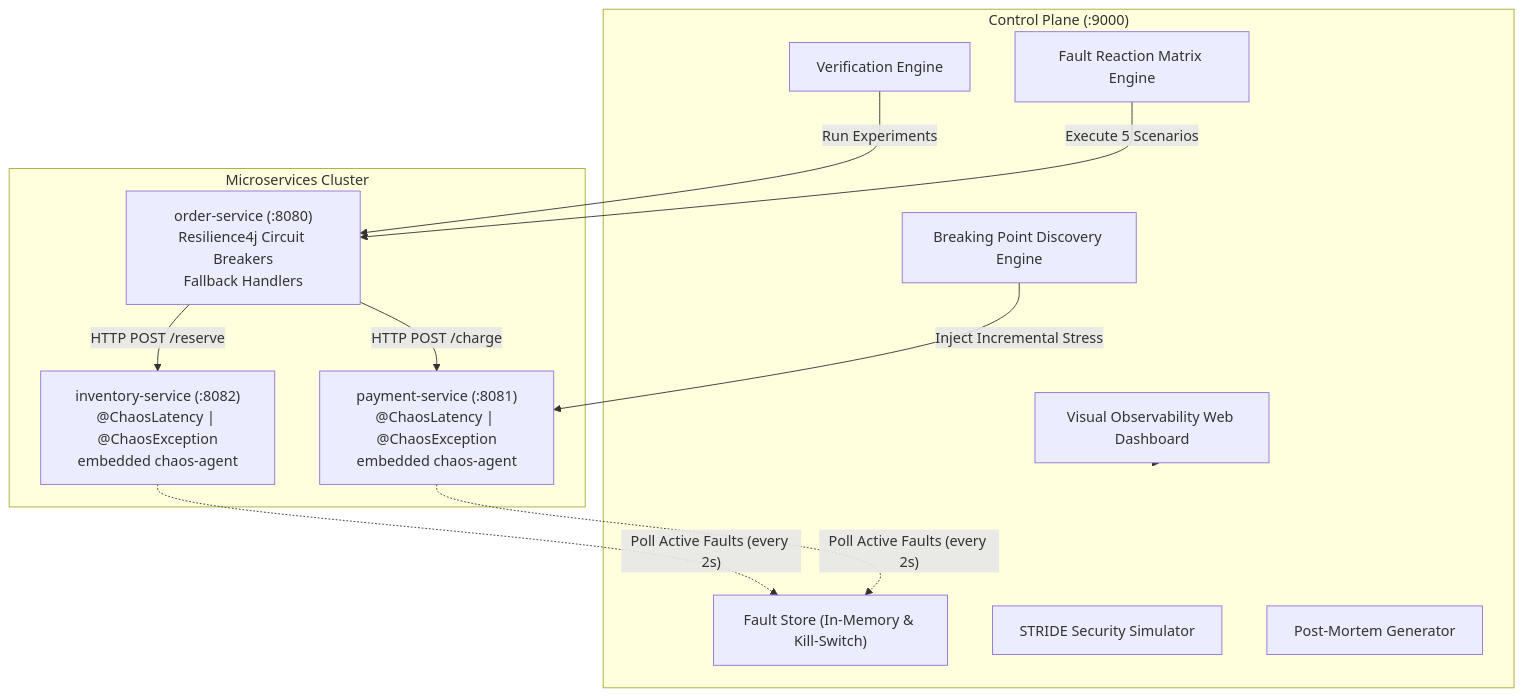
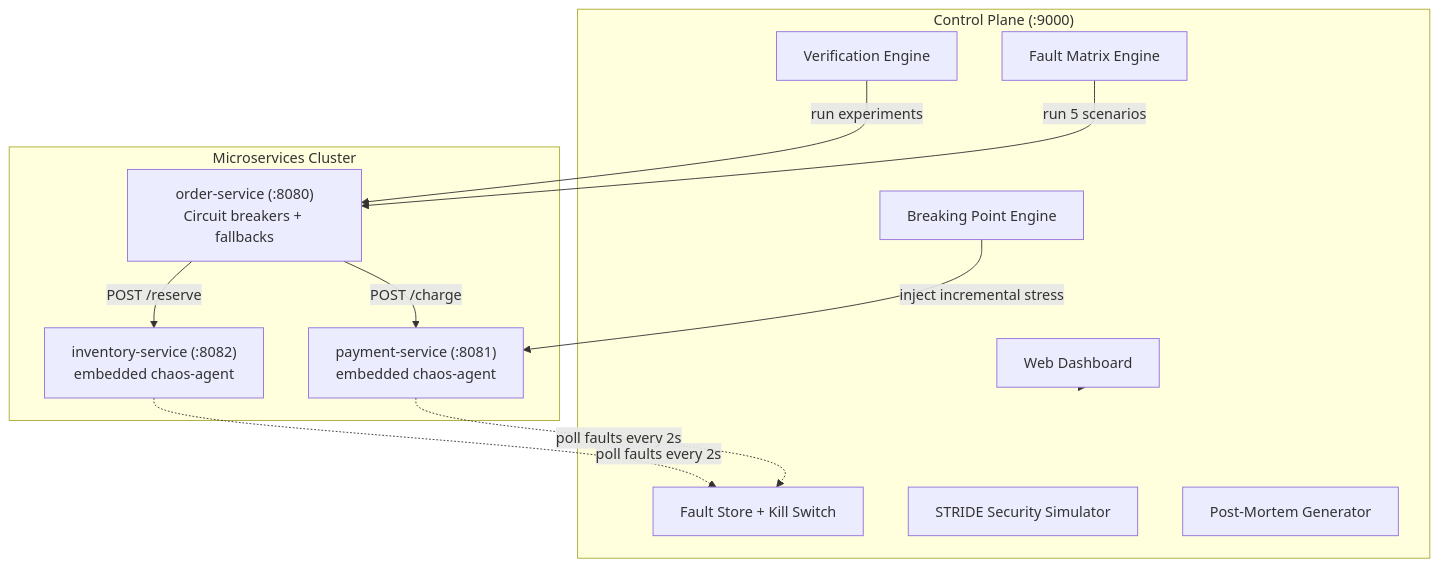
Before and after one commit to PrajyotKorde-18/Chaos-Toolkit: the diagram in README.md, drawn with Mermaid. The commit also changed other lines of this file, not shown here.

````diff
--- a/README.md
+++ b/README.md
@@ -37,29 +40,29 @@
 ```mermaid
 flowchart TD
     subgraph ControlPlane ["Control Plane (:9000)"]
-        UI["Visual Observability Web Dashboard"]
-        FS["Fault Store (In-Memory & Kill-Switch)"]
+        UI["Web Dashboard"]
+        FS["Fault Store + Kill Switch"]
         VE["Verification Engine"]
-        BP["Breaking Point Discovery Engine"]
-        FM["Fault Reaction Matrix Engine"]
+        BP["Breaking Point Engine"]
+        FM["Fault Matrix Engine"]
         SS["STRIDE Security Simulator"]
         PM["Post-Mortem Generator"]
     end
 
     subgraph Cluster ["Microservices Cluster"]
-        OS["order-service (:8080)<br/>Resilience4j Circuit Breakers<br/>Fallback Handlers"]
-        PS["payment-service (:8081)<br/>@ChaosLatency | @ChaosException<br/>embedded chaos-agent"]
-        IS["inventory-service (:8082)<br/>@ChaosLatency | @ChaosException<br/>embedded chaos-agent"]
+        OS["order-service (:8080)<br/>Circuit breakers + fallbacks"]
+        PS["payment-service (:8081)<br/>embedded chaos-agent"]
+        IS["inventory-service (:8082)<br/>embedded chaos-agent"]
     end
 
     UI --> ControlPlane
-    OS -- "HTTP POST /charge" --> PS
-    OS -- "HTTP POST /reserve" --> IS
-    
-    PS -. "Poll Active Faults (every 2s)" .-> FS
-    IS -. "Poll Active Faults (every 2s)" .-> FS
-    
-    VE -- "Run Experiments" --> OS
-    BP -- "Inject Incremental Stress" --> PS
-    FM -- "Execute 5 Scenarios" --> OS
+    OS -- "POST /charge" --> PS
+    OS -- "POST /reserve" --> IS
+
+    PS -. "poll faults every 2s" .-> FS
+    IS -. "poll faults every 2s" .-> FS
+
+    VE -- "run experiments" --> OS
+    BP -- "inject incremental stress" --> PS
+    FM -- "run 5 scenarios" --> OS
 ```
````
